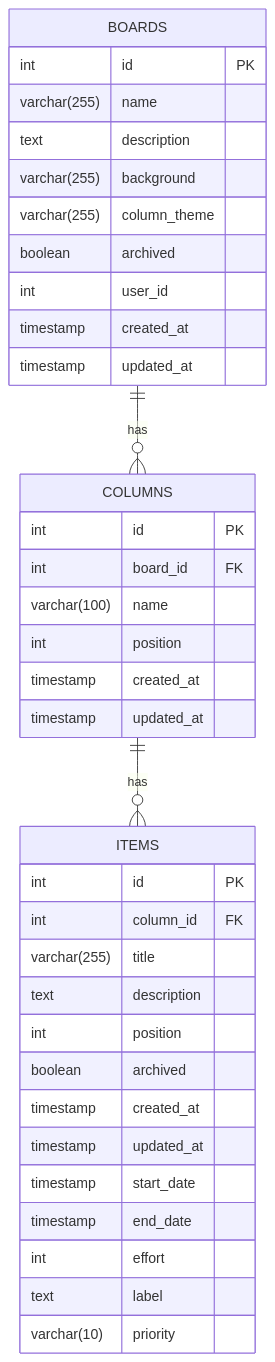
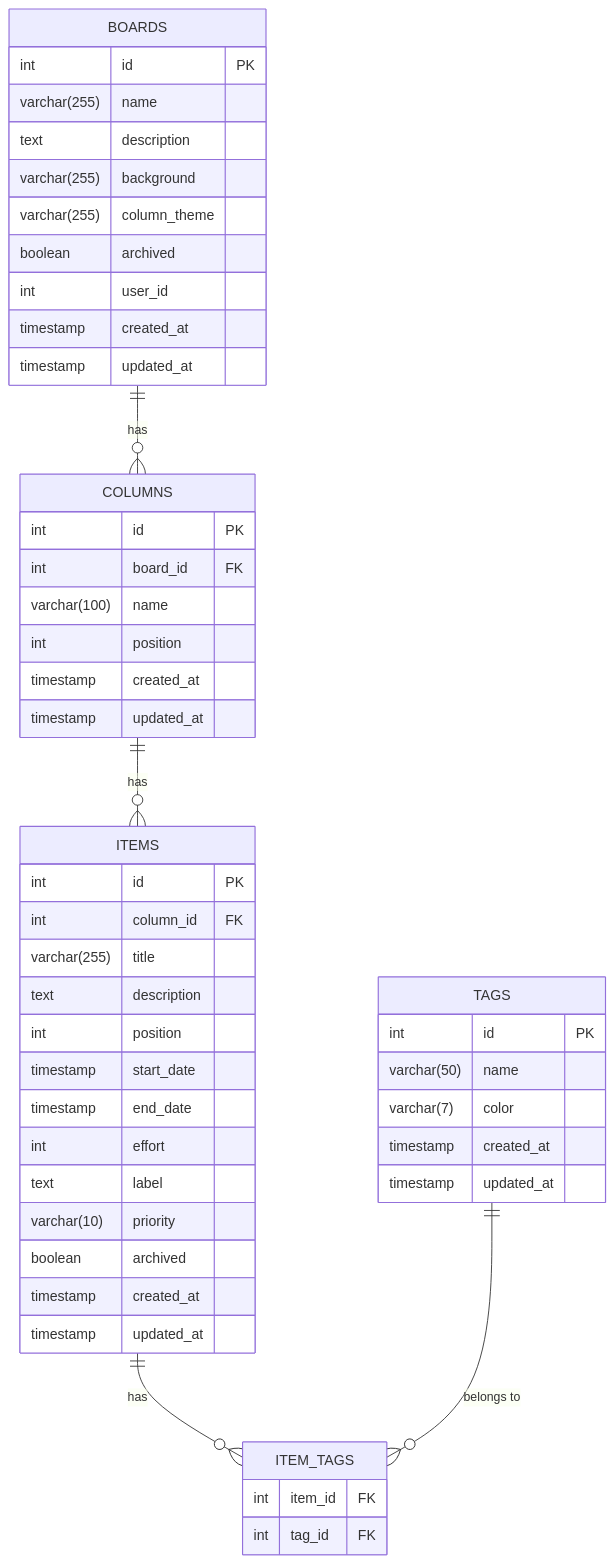
The diagram in erd.mermaid (devdaviddr/taskmanager), drawn with Mermaid before and after one commit. The commit also changed 2 other files, not shown here.

Commit message:
feat: enhance Card component to display effort only when it's a positive number; update CardEditModal layout for improved usability; refine ERD to include TAGS and ITEM_TAGS relationships

```diff
--- a/erd.mermaid
+++ b/erd.mermaid
@@ -1,40 +1,55 @@
 erDiagram
     BOARDS ||--o{ COLUMNS : "has"
     COLUMNS ||--o{ ITEMS : "has"
+    ITEMS ||--o{ ITEM_TAGS : "has"
+    TAGS ||--o{ ITEM_TAGS : "belongs to"
 
     BOARDS {
         int id PK
         varchar(255) name
         text description
         varchar(255) background
         varchar(255) column_theme
         boolean archived
         int user_id
         timestamp created_at
         timestamp updated_at
     }
 
     COLUMNS {
         int id PK
         int board_id FK
         varchar(100) name
         int position
         timestamp created_at
         timestamp updated_at
     }
 
     ITEMS {
         int id PK
         int column_id FK
         varchar(255) title
         text description
         int position
-        boolean archived
-        timestamp created_at
-        timestamp updated_at
         timestamp start_date
         timestamp end_date
         int effort
         text label
         varchar(10) priority
+        boolean archived
+        timestamp created_at
+        timestamp updated_at
     }
+
+    TAGS {
+        int id PK
+        varchar(50) name
+        varchar(7) color
+        timestamp created_at
+        timestamp updated_at
+    }
+
+    ITEM_TAGS {
+        int item_id FK
+        int tag_id FK
+    }
```
